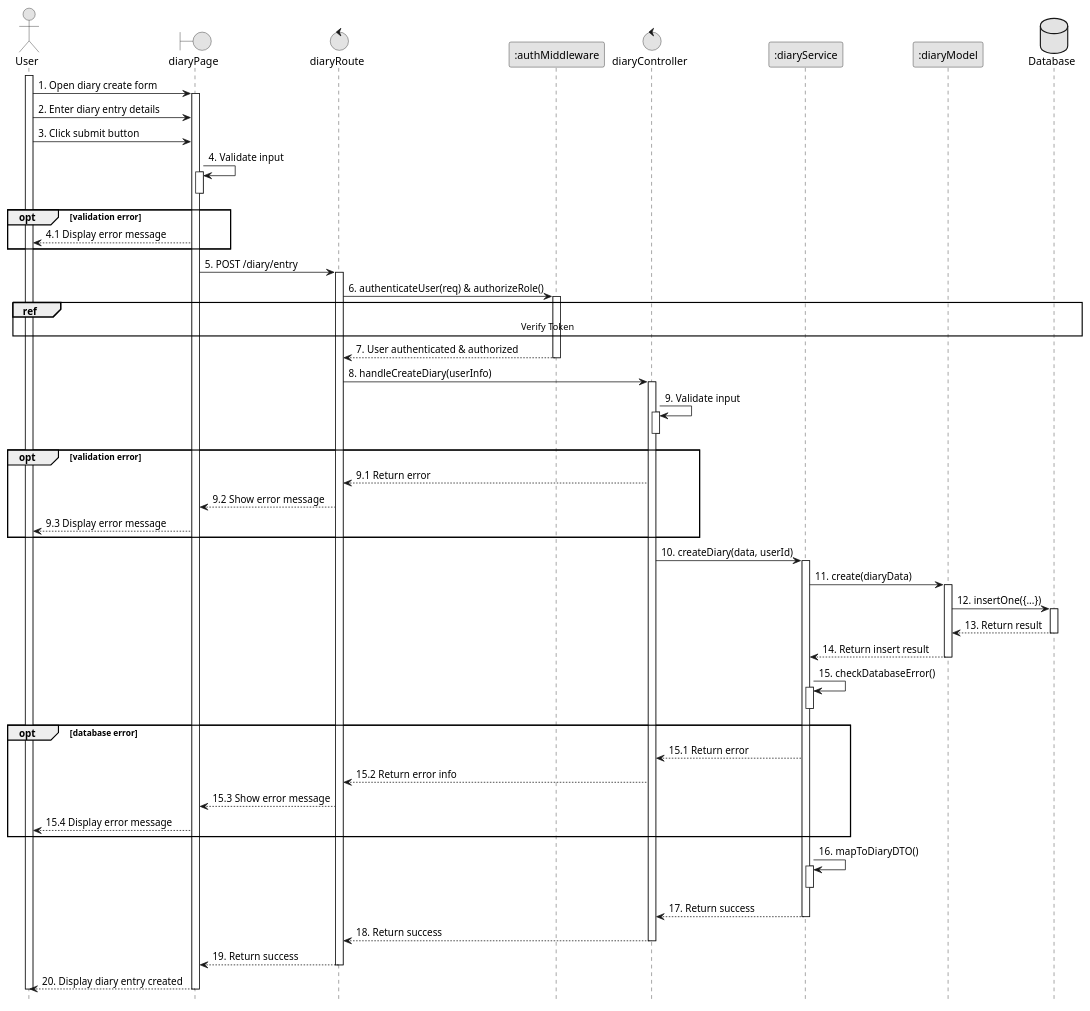
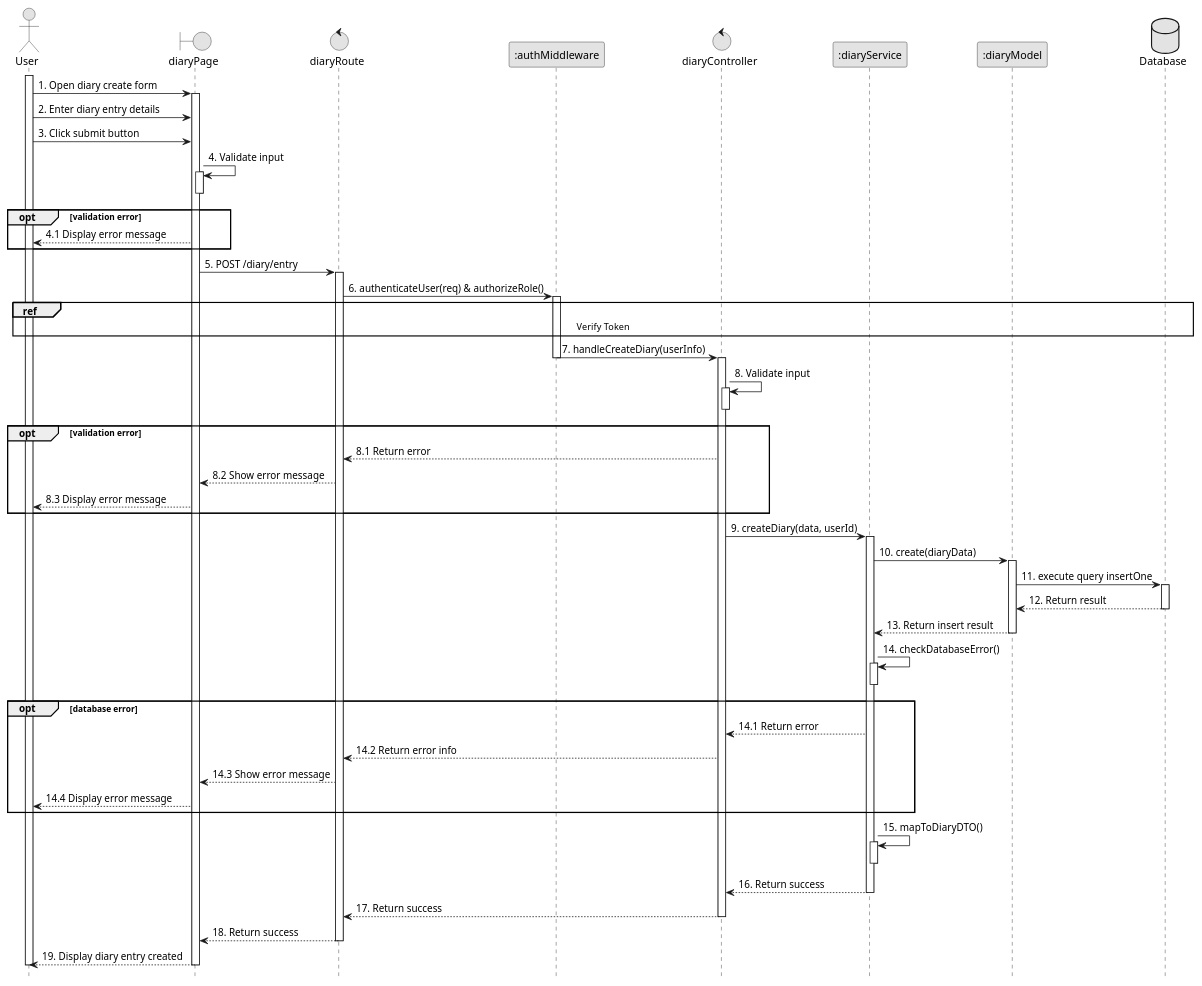
Before and after one commit to VietDurian/VietDurian: the diagram in planuml/web/10.1_createDiary.puml, drawn with PlantUML. The commit also changed 22 other files, not shown here.

Commit message:
ViVLT: Edit sequences

```diff
--- a/planuml/web/10.1_createDiary.puml
+++ b/planuml/web/10.1_createDiary.puml
@@ -1,77 +1,76 @@
 @startuml 10.1_createDiary
 skinparam monochrome true
 skinparam shadowing false
 skinparam sequenceArrowThickness 1
 hide footbox
 
 actor User
 boundary diaryPage as UI
 control diaryRoute as Route
 participant ":authMiddleware" as Middleware
 control diaryController as Controller
 participant ":diaryService" as Service
 participant ":diaryModel" as Model
 database Database as DB
 
 activate User
 User -> UI : 1. Open diary create form
 activate UI
 User -> UI : 2. Enter diary entry details
 User -> UI : 3. Click submit button
 UI -> UI : 4. Validate input
 activate UI
 deactivate UI
 opt validation error
     UI --> User : 4.1 Display error message
 end
 UI -> Route : 5. POST /diary/entry 
 activate Route
 Route -> Middleware : 6. authenticateUser(req) & authorizeRole()
 activate Middleware
 ref over User, DB: Verify Token
-Middleware --> Route : 7. User authenticated & authorized
+Middleware -> Controller : 7. handleCreateDiary(userInfo)
 deactivate Middleware
-Route -> Controller : 8. handleCreateDiary(userInfo)
 activate Controller
-Controller -> Controller : 9. Validate input
+Controller -> Controller : 8. Validate input
 activate Controller
 deactivate Controller
 opt validation error
-    Controller --> Route : 9.1 Return error
-    Route --> UI : 9.2 Show error message
-    UI --> User : 9.3 Display error message
+    Controller --> Route : 8.1 Return error
+    Route --> UI : 8.2 Show error message
+    UI --> User : 8.3 Display error message
 end
-Controller -> Service : 10. createDiary(data, userId)
+Controller -> Service : 9. createDiary(data, userId)
 activate Service
-Service -> Model : 11. create(diaryData)
+Service -> Model : 10. create(diaryData)
 activate Model
-Model -> DB : 12. insertOne({...})
+Model -> DB : 11. execute query insertOne
 activate DB
-DB --> Model : 13. Return result
+DB --> Model : 12. Return result
 deactivate DB
-Model --> Service : 14. Return insert result
+Model --> Service : 13. Return insert result
 deactivate Model
-Service -> Service : 15. checkDatabaseError()
+Service -> Service : 14. checkDatabaseError()
 activate Service
 deactivate Service
 opt database error
-    Service --> Controller : 15.1 Return error
-    Controller --> Route : 15.2 Return error info
-    Route --> UI : 15.3 Show error message
-    UI --> User : 15.4 Display error message
+    Service --> Controller : 14.1 Return error
+    Controller --> Route : 14.2 Return error info
+    Route --> UI : 14.3 Show error message
+    UI --> User : 14.4 Display error message
 end
-Service -> Service : 16. mapToDiaryDTO()
+Service -> Service : 15. mapToDiaryDTO()
 activate Service
 deactivate Service
-Service --> Controller : 17. Return success
+Service --> Controller : 16. Return success
 deactivate Service
-Controller --> Route : 18. Return success
+Controller --> Route : 17. Return success
 deactivate Controller
-Route --> UI : 19. Return success
+Route --> UI : 18. Return success
 deactivate Route
 
-UI --> User : 20. Display diary entry created
+UI --> User : 19. Display diary entry created
 deactivate UI
 deactivate User
 
 @enduml
```
